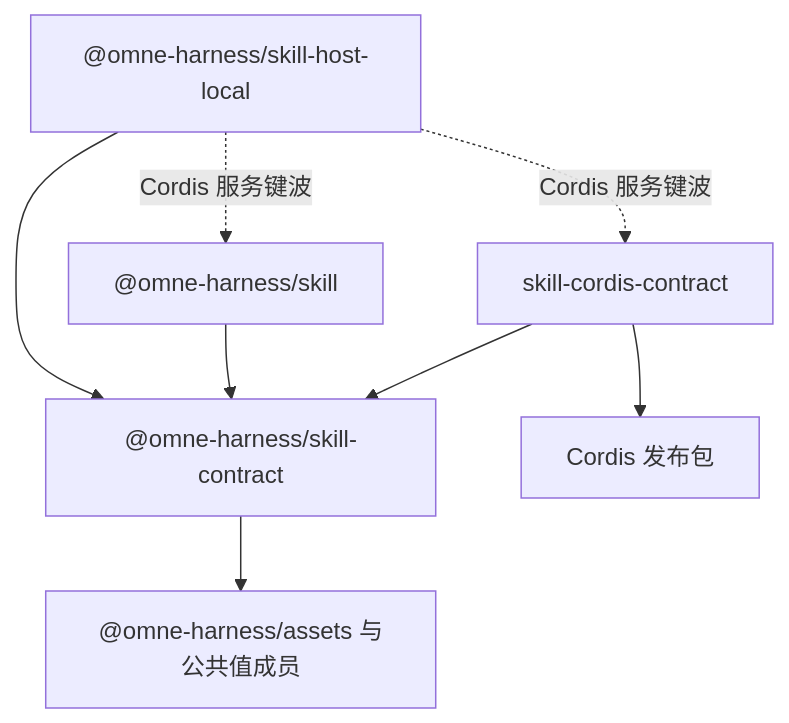
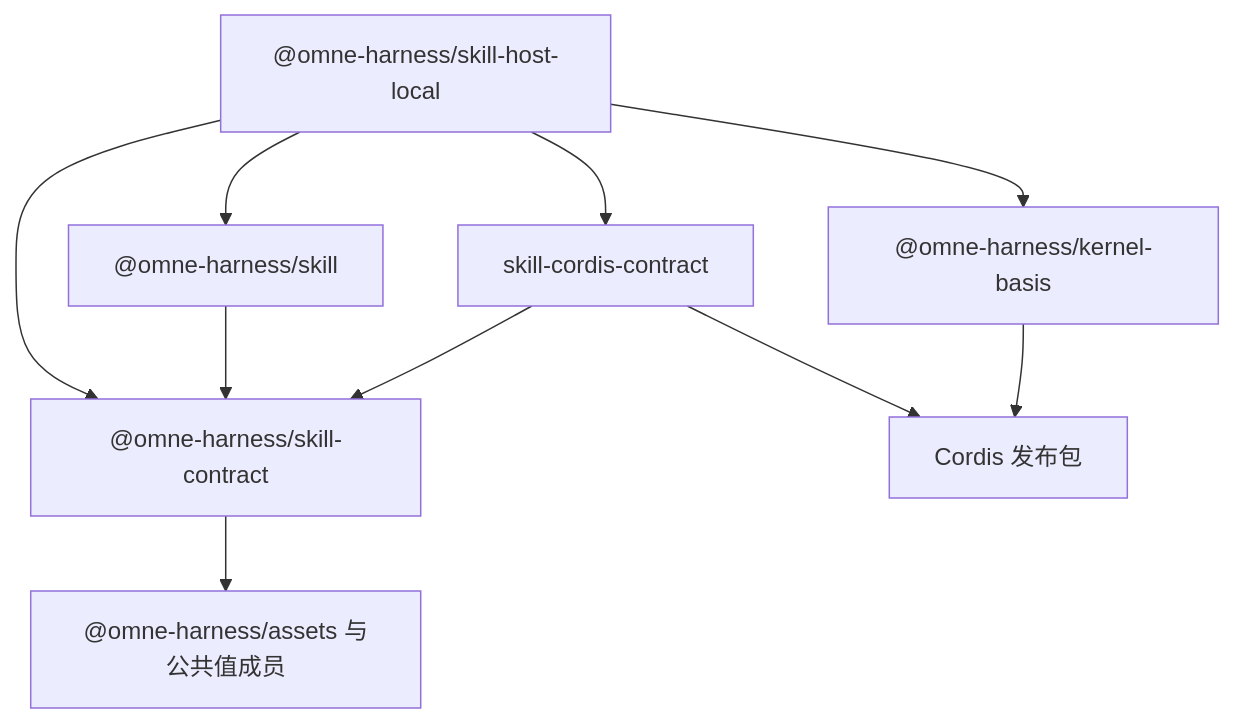
Before and after one commit to nemori-ai/omne-harness-lite: the diagram in packages/skills/README.md, drawn with Mermaid. The commit also changed other lines of this file and 2 other files, not shown here.

First line of the commit message:
docs(skills): W4 组页与领域页写回 Cordis 服务定义与插件（#1119 W4 Skill 切片 02）

````diff
--- a/packages/skills/README.md
+++ b/packages/skills/README.md
@@ -37,10 +34,12 @@
 ```mermaid
 flowchart TD
-  H["@omne-harness/skill-host-local"] -.->|Cordis 服务键波| X["@omne-harness/skill"]
-  H -.->|Cordis 服务键波| C[skill-cordis-contract]
+  H["@omne-harness/skill-host-local"] --> X["@omne-harness/skill"]
+  H --> C["skill-cordis-contract"]
+  H --> B["@omne-harness/kernel-basis"]
   H --> K["@omne-harness/skill-contract"]
   X --> K
   C --> K
   C --> R[Cordis 发布包]
+  B --> R
   K --> A["@omne-harness/assets 与公共值成员"]
 ```
````
